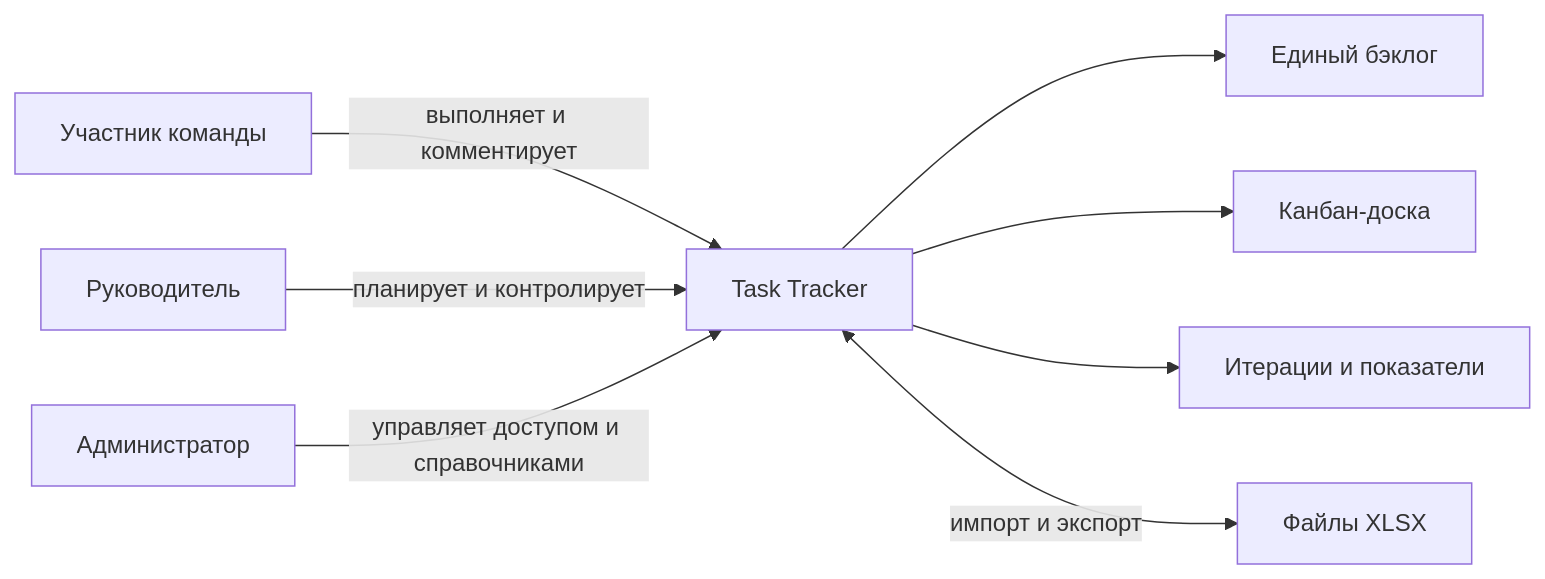
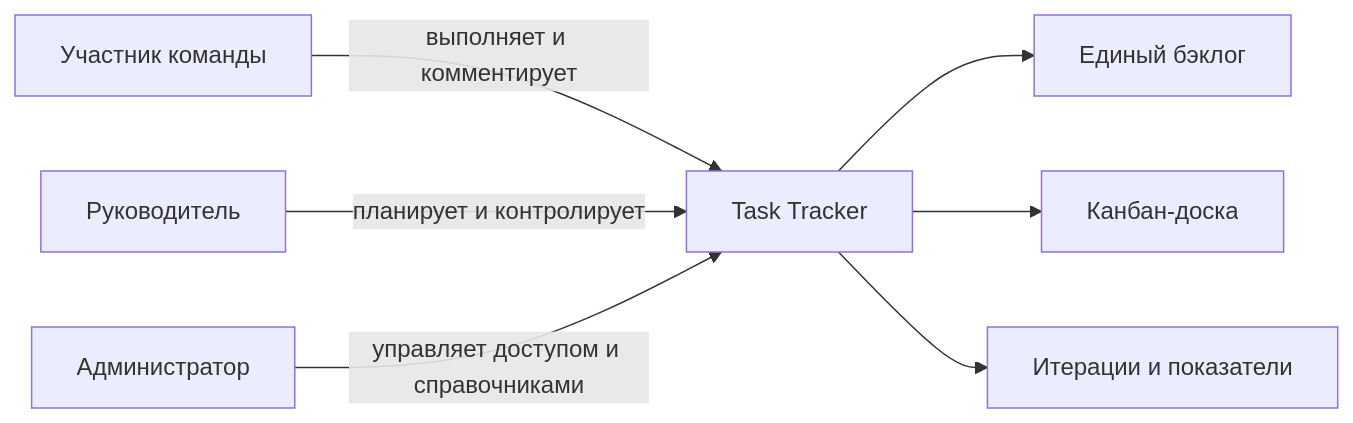
Before and after one commit to MEPhI-C22-501/arch-info-system-monorepo: the first of 3 diagrams in task-tracker/docs/vision.md, drawn with Mermaid. The commit also changed other lines of this file, not shown here.

````diff
--- a/task-tracker/docs/vision.md
+++ b/task-tracker/docs/vision.md
@@ -21,10 +21,9 @@
 ```mermaid
 flowchart LR
     Member[Участник команды] -->|выполняет и комментирует| TT[Task Tracker]
     Lead[Руководитель] -->|планирует и контролирует| TT
     Admin[Администратор] -->|управляет доступом и справочниками| TT
     TT --> Backlog[Единый бэклог]
     TT --> Board[Канбан-доска]
     TT --> Iterations[Итерации и показатели]
-    TT <-->|импорт и экспорт| Excel[Файлы XLSX]
 ```
````
